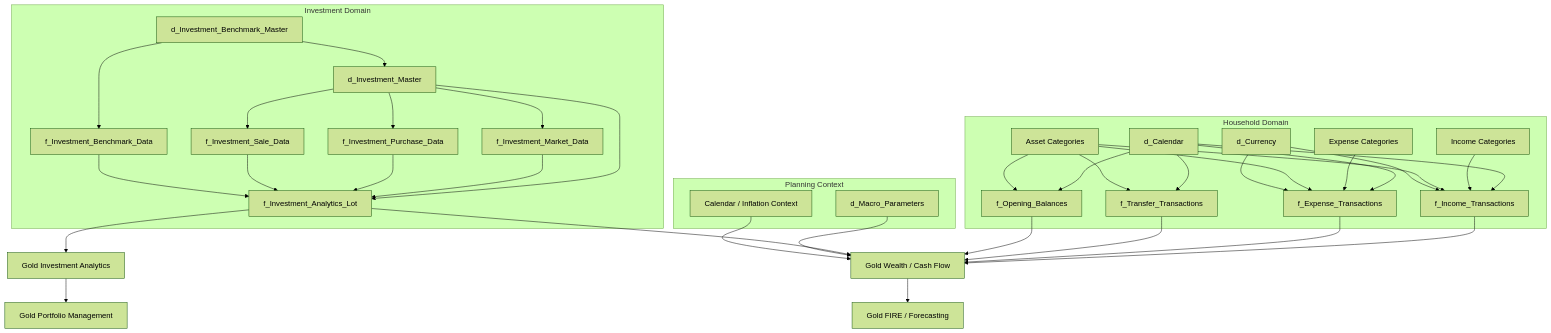
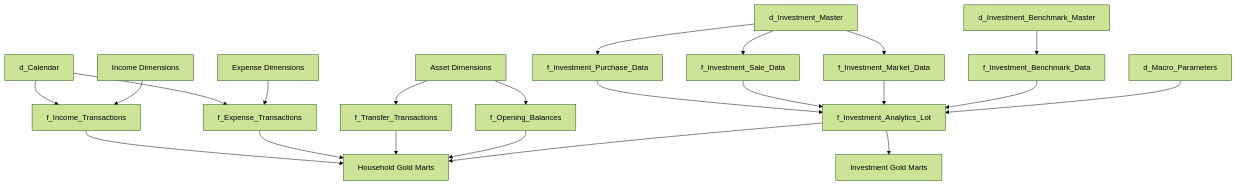
Before and after one commit to tks18/personal-finance-etl: the first of 4 diagrams in docs/architecture/data-model.md, drawn with Mermaid (forest theme). The commit also changed other lines of this file and 5 other files, not shown here.

Commit message:
docs: refactor architecture docs to reflect recent changes

````diff
--- a/docs/architecture/data-model.md
+++ b/docs/architecture/data-model.md
@@ -26,66 +21,48 @@
 ```mermaid
 flowchart TB
-    subgraph HOUSE["Household Domain"]
-        CAL["d_Calendar"]
-        INCAT["Income Categories"]
-        EXCAT["Expense Categories"]
-        ASSET["Asset Categories"]
-        CUR["d_Currency"]
+    CAL["d_Calendar"]
+    INC["Income Dimensions"]
+    EXP["Expense Dimensions"]
+    AST["Asset Dimensions"]
+    INV["d_Investment_Master"]
+    BM["d_Investment_Benchmark_Master"]
+    MAC["d_Macro_Parameters"]
 
-        FI["f_Income_Transactions"]
-        FE["f_Expense_Transactions"]
-        FT["f_Transfer_Transactions"]
-        FOB["f_Opening_Balances"]
+    FI["f_Income_Transactions"]
+    FE["f_Expense_Transactions"]
+    FT["f_Transfer_Transactions"]
+    FO["f_Opening_Balances"]
 
-        CAL --> FI
-        CAL --> FE
-        CAL --> FT
-        CAL --> FOB
-        INCAT --> FI
-        EXCAT --> FE
-        ASSET --> FI
-        ASSET --> FE
-        ASSET --> FT
-        ASSET --> FOB
-        CUR --> FI
-        CUR --> FE
-    end
+    FP["f_Investment_Purchase_Data"]
+    FS["f_Investment_Sale_Data"]
+    FM["f_Investment_Market_Data"]
+    FB["f_Investment_Benchmark_Data"]
+    LOT["f_Investment_Analytics_Lot"]
 
-    subgraph INVEST["Investment Domain"]
-        IM["d_Investment_Master"]
-        BM["d_Investment_Benchmark_Master"]
-        MD["f_Investment_Market_Data"]
-        BUY["f_Investment_Purchase_Data"]
-        SELL["f_Investment_Sale_Data"]
-        BMD["f_Investment_Benchmark_Data"]
-        LOT["f_Investment_Analytics_Lot"]
+    HHG["Household Gold Marts"]
+    IG["Investment Gold Marts"]
 
-        IM --> MD
-        IM --> BUY
-        IM --> SELL
-        IM --> LOT
-        BM --> IM
-        BM --> BMD
-        MD --> LOT
-        BUY --> LOT
-        SELL --> LOT
-        BMD --> LOT
-    end
+    CAL --> FI
+    CAL --> FE
+    INC --> FI
+    EXP --> FE
+    AST --> FT
+    AST --> FO
 
-    subgraph MACRO["Planning Context"]
-        MP["d_Macro_Parameters"]
-        CAL2["Calendar / Inflation Context"]
-    end
+    INV --> FP
+    INV --> FS
+    INV --> FM
+    BM --> FB
+    FP --> LOT
+    FS --> LOT
+    FM --> LOT
+    FB --> LOT
+    MAC --> LOT
 
-    LOT --> GOLDI["Gold Investment Analytics"]
-    FI --> GOLDW["Gold Wealth / Cash Flow"]
-    FE --> GOLDW
-    FT --> GOLDW
-    FOB --> GOLDW
-    LOT --> GOLDW
-    MP --> GOLDW
-    CAL2 --> GOLDW
-
-    GOLDW --> FIRE["Gold FIRE / Forecasting"]
-    GOLDI --> PM["Gold Portfolio Management"]
+    FI --> HHG
+    FE --> HHG
+    FT --> HHG
+    FO --> HHG
+    LOT --> HHG
+    LOT --> IG
 ```
````
